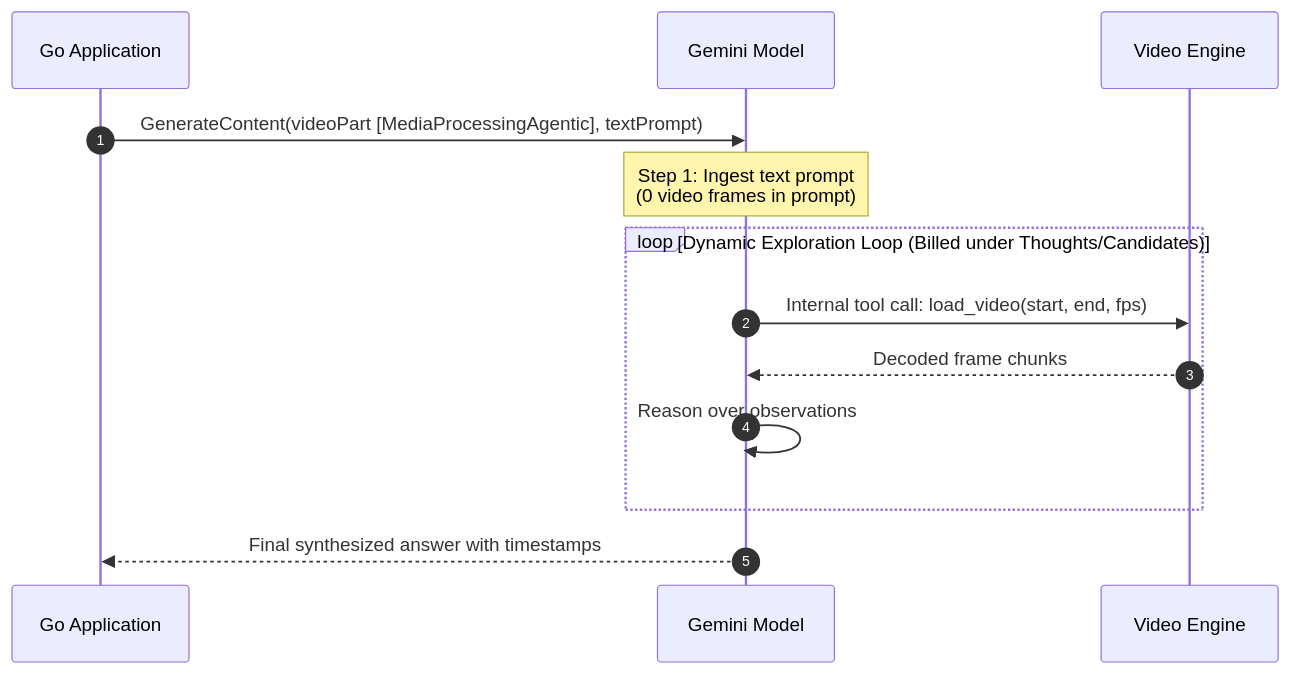
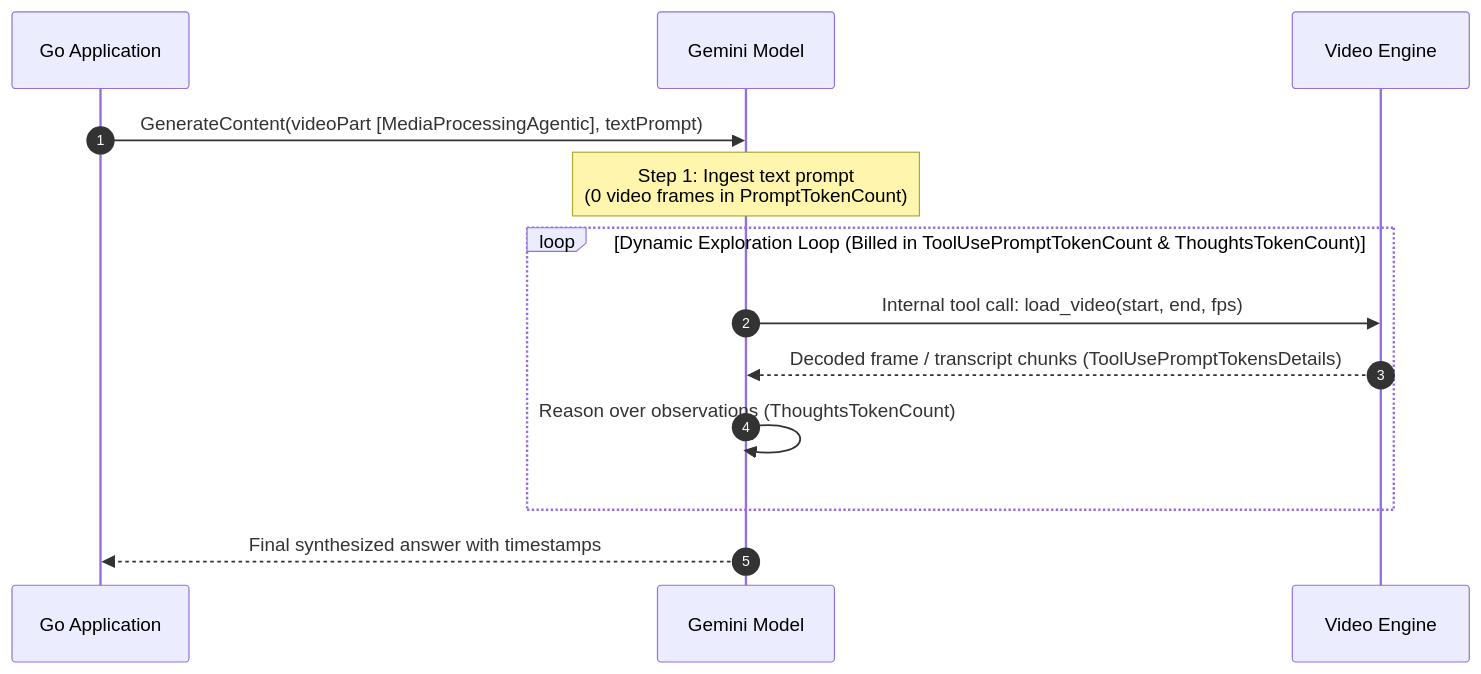
The diagram in gemini/agentic-video/gemini-agentic-video-go/docs/developers-guide.md (GoogleCloudPlatform/generative-ai), drawn with Mermaid before and after one commit. The commit also changed other lines of this file and 23 other files, not shown here.

Commit message:
feat(agentic-video): upgrade Go SDK to v1.77.0, add streaming, X-Ray thoughts, and A2A CLI enhancements (#3177)

````diff
--- a/gemini/agentic-video/gemini-agentic-video-go/docs/developers-guide.md
+++ b/gemini/agentic-video/gemini-agentic-video-go/docs/developers-guide.md
@@ -29,16 +29,16 @@
 ```mermaid
 sequenceDiagram
     autonumber
     participant App as Go Application
     participant Gemini as Gemini Model
     participant Video as Video Engine
 
     App->>Gemini: GenerateContent(videoPart [MediaProcessingAgentic], textPrompt)
-    Note over Gemini: Step 1: Ingest text prompt<br/>(0 video frames in prompt)
-    loop Dynamic Exploration Loop (Billed under Thoughts/Candidates)
+    Note over Gemini: Step 1: Ingest text prompt<br/>(0 video frames in PromptTokenCount)
+    loop Dynamic Exploration Loop (Billed in ToolUsePromptTokenCount & ThoughtsTokenCount)
         Gemini->>Video: Internal tool call: load_video(start, end, fps)
-        Video-->>Gemini: Decoded frame chunks
-        Gemini->>Gemini: Reason over observations
+        Video-->>Gemini: Decoded frame / transcript chunks (ToolUsePromptTokensDetails)
+        Gemini->>Gemini: Reason over observations (ThoughtsTokenCount)
     end
     Gemini-->>App: Final synthesized answer with timestamps
 ```
````
